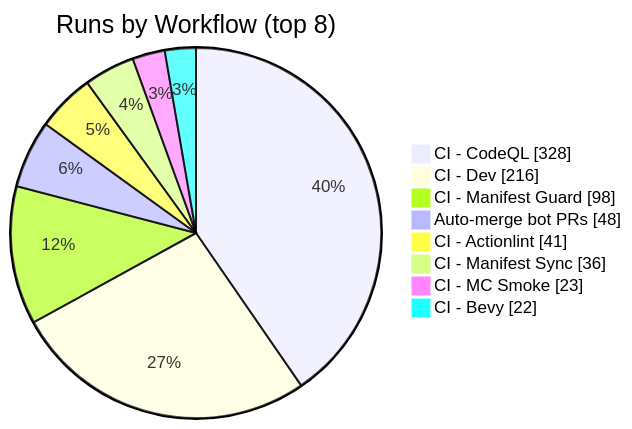
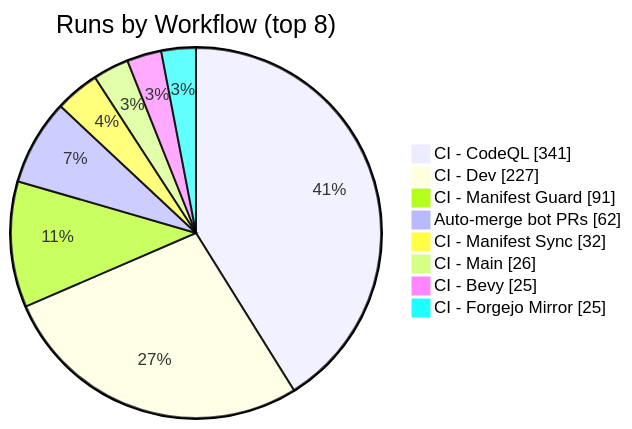
The second of 2 diagrams in apps/kbve/astro-kbve/src/content/docs/dashboard/ci-health.mdx (KBVE/kbve), drawn with Mermaid before and after one commit. The commit also changed other lines of this file and 1 other file, not shown here.

````diff
--- a/apps/kbve/astro-kbve/src/content/docs/dashboard/ci-health.mdx
+++ b/apps/kbve/astro-kbve/src/content/docs/dashboard/ci-health.mdx
@@ -201,12 +201,12 @@
 ```mermaid
 pie showData
     title Runs by Workflow (top 8)
-    "CI - CodeQL" : 328
-    "CI - Dev" : 216
-    "CI - Manifest Guard" : 98
-    "Auto-merge bot PRs" : 48
-    "CI - Actionlint" : 41
-    "CI - Manifest Sync" : 36
-    "CI - MC Smoke" : 23
-    "CI - Bevy" : 22
+    "CI - CodeQL" : 341
+    "CI - Dev" : 227
+    "CI - Manifest Guard" : 91
+    "Auto-merge bot PRs" : 62
+    "CI - Manifest Sync" : 32
+    "CI - Main" : 26
+    "CI - Bevy" : 25
+    "CI - Forgejo Mirror" : 25
 ```
````
